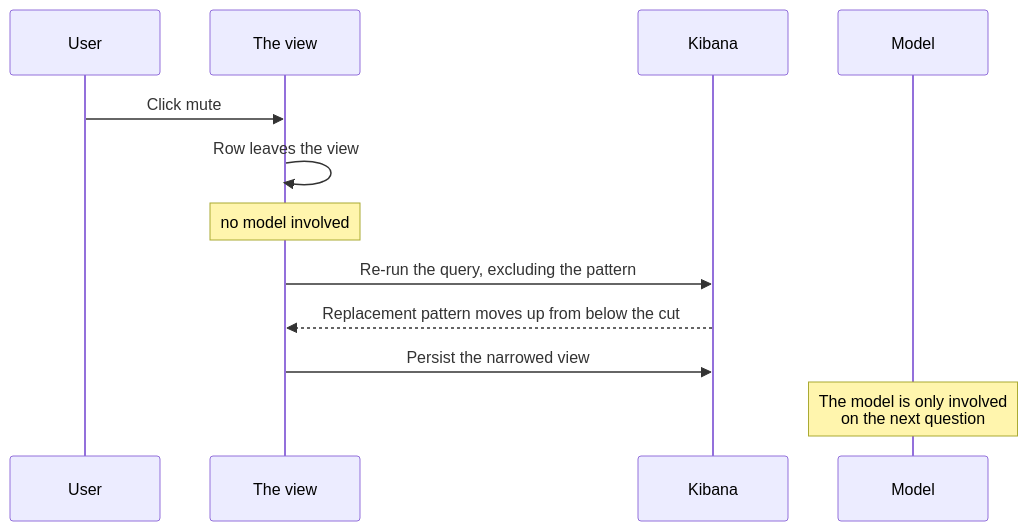
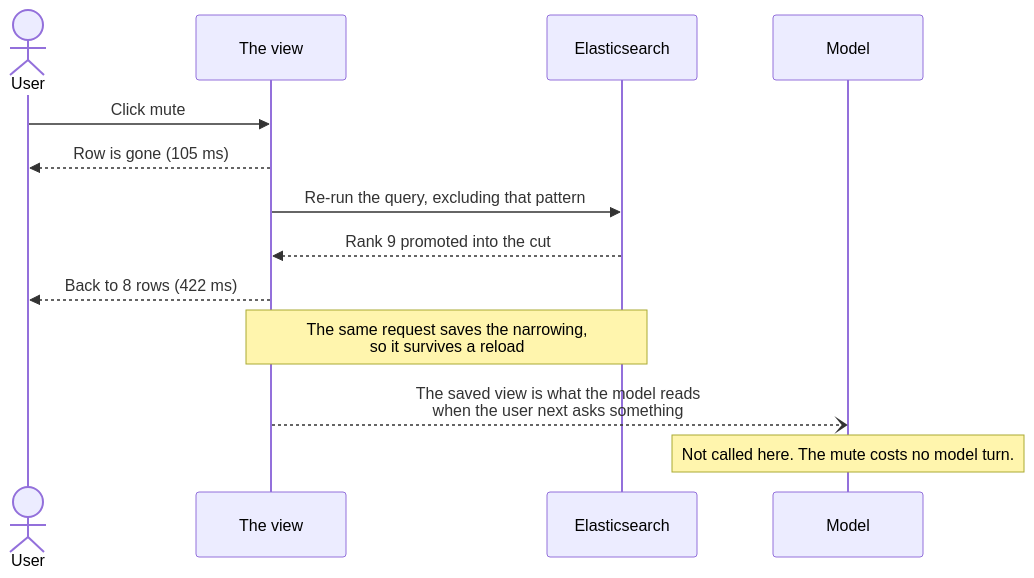
The second of 2 diagrams in __tmp__/6059-comment-1-journey.md (weltenwort/kibana), drawn with Mermaid before and after one commit. The commit also changed other lines of this file and 1 other file, not shown here.

Commit message:
feat: complete draft for Comment 1 with detailed walkthrough and diagrams

````diff
--- a/__tmp__/6059-comment-1-journey.md
+++ b/__tmp__/6059-comment-1-journey.md
@@ -96,15 +182,16 @@
 ```mermaid
 sequenceDiagram
-    participant U as User
+    actor U as User
     participant V as The view
-    participant K as Kibana
+    participant ES as Elasticsearch
     participant M as Model
 
     U->>V: Click mute
-    V->>V: Row leaves the view
-    Note over V: no model involved
-    V->>K: Re-run the query, excluding the pattern
-    K-->>V: Replacement pattern moves up from below the cut
-    V->>K: Persist the narrowed view
-    Note over M: The model is only involved<br/>on the next question
+    V-->>U: Row is gone (105 ms)
+    V->>ES: Re-run the query, excluding that pattern
+    ES-->>V: Rank 9 promoted into the cut
+    V-->>U: Back to 8 rows (422 ms)
+    Note over V,ES: The same request saves the narrowing,<br/>so it survives a reload
+    V--)M: The saved view is what the model reads<br/>when the user next asks something
+    Note over M: Not called here. The mute costs no model turn.
 ```
````
